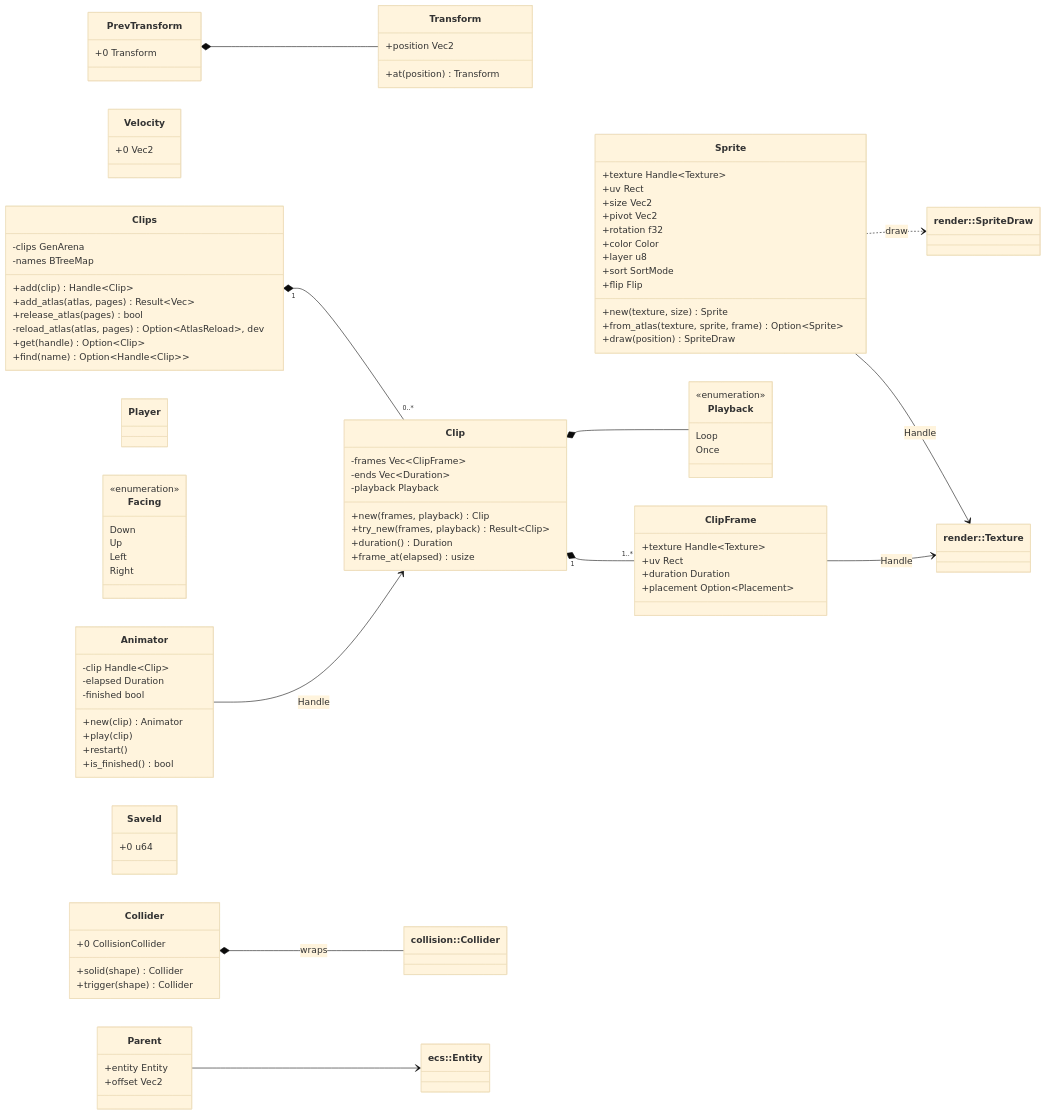
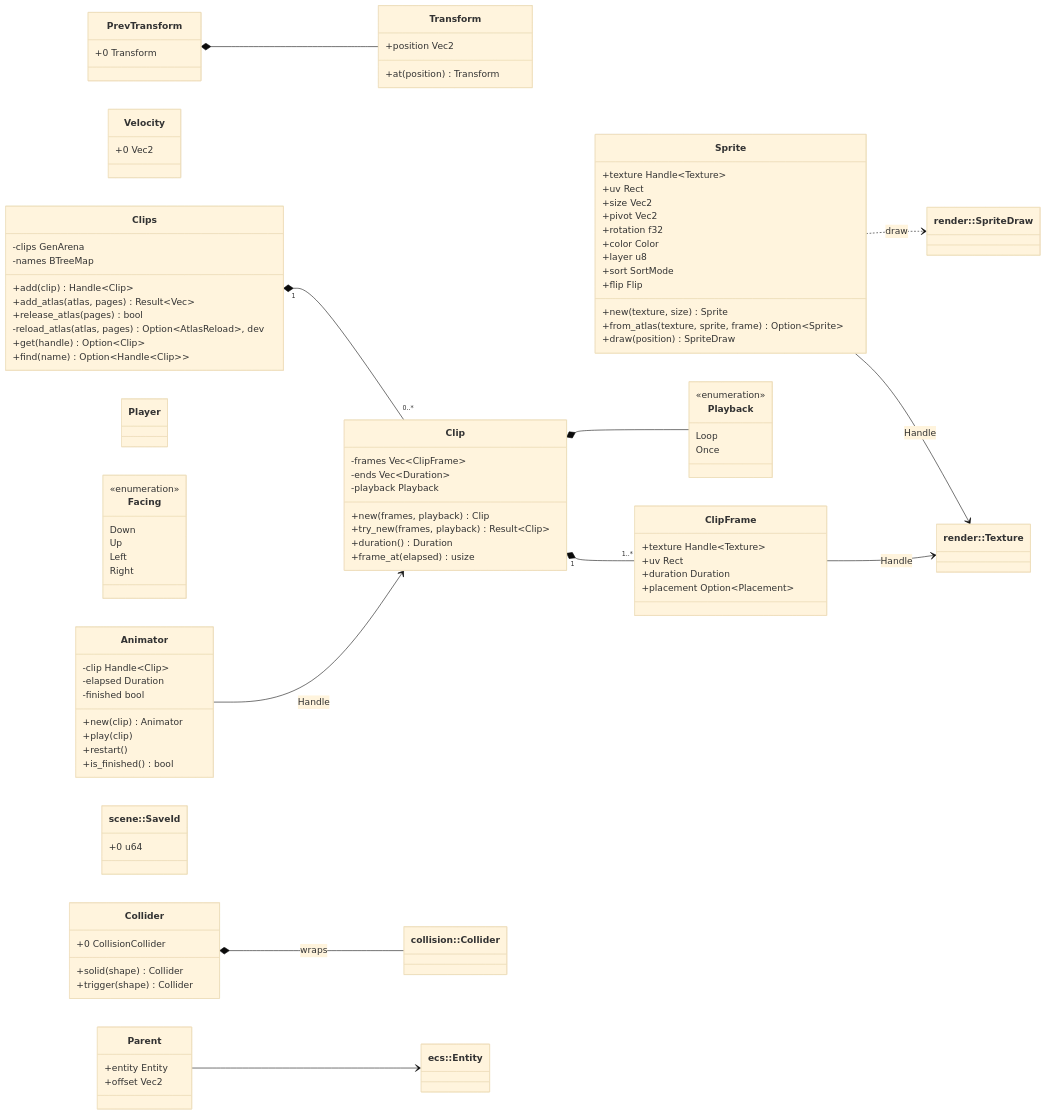
Diagram 34 of 36 in diagrams/class-diagram.md (jabbott-iii/Nadir), drawn with Mermaid (base theme) before and after one commit. The commit also changed other lines of this file and 103 other files, not shown here.

```diff
--- a/diagrams/class-diagram.md
+++ b/diagrams/class-diagram.md
@@ -2529,7 +2672,7 @@
         +entity Entity
         +offset Vec2
     }
-    class SaveId {
+    class SaveId["scene::SaveId"] {
         +0 u64
     }
     class Animator {
```
